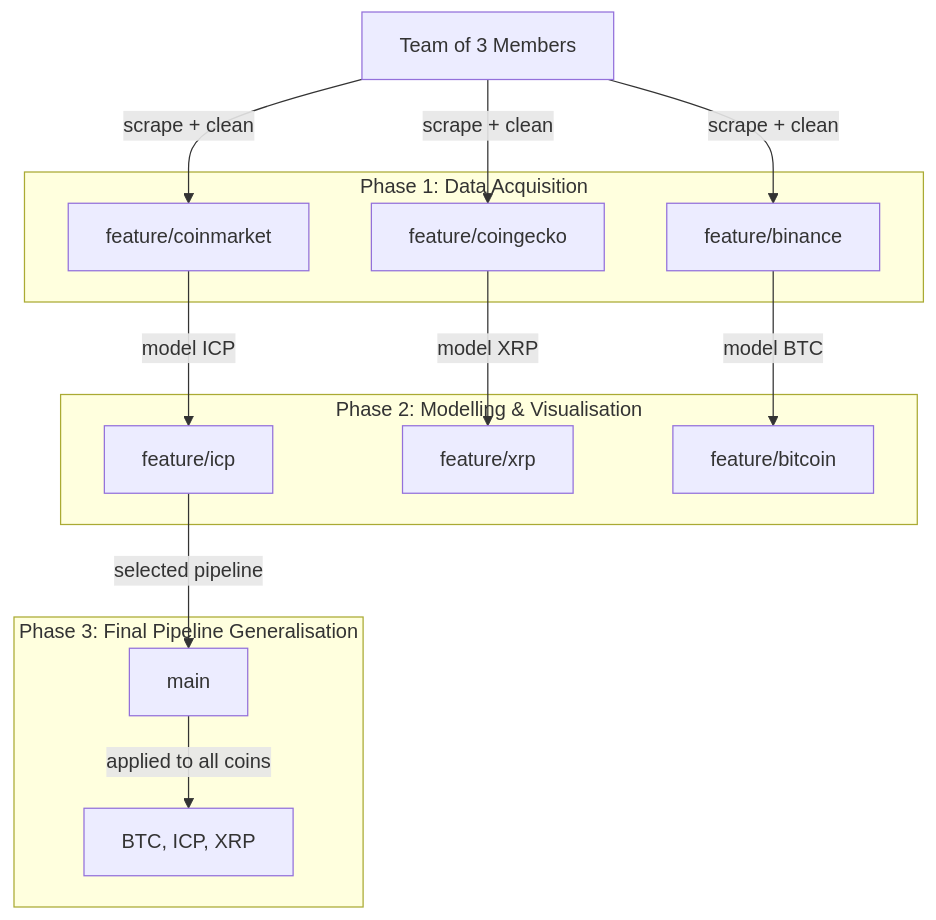
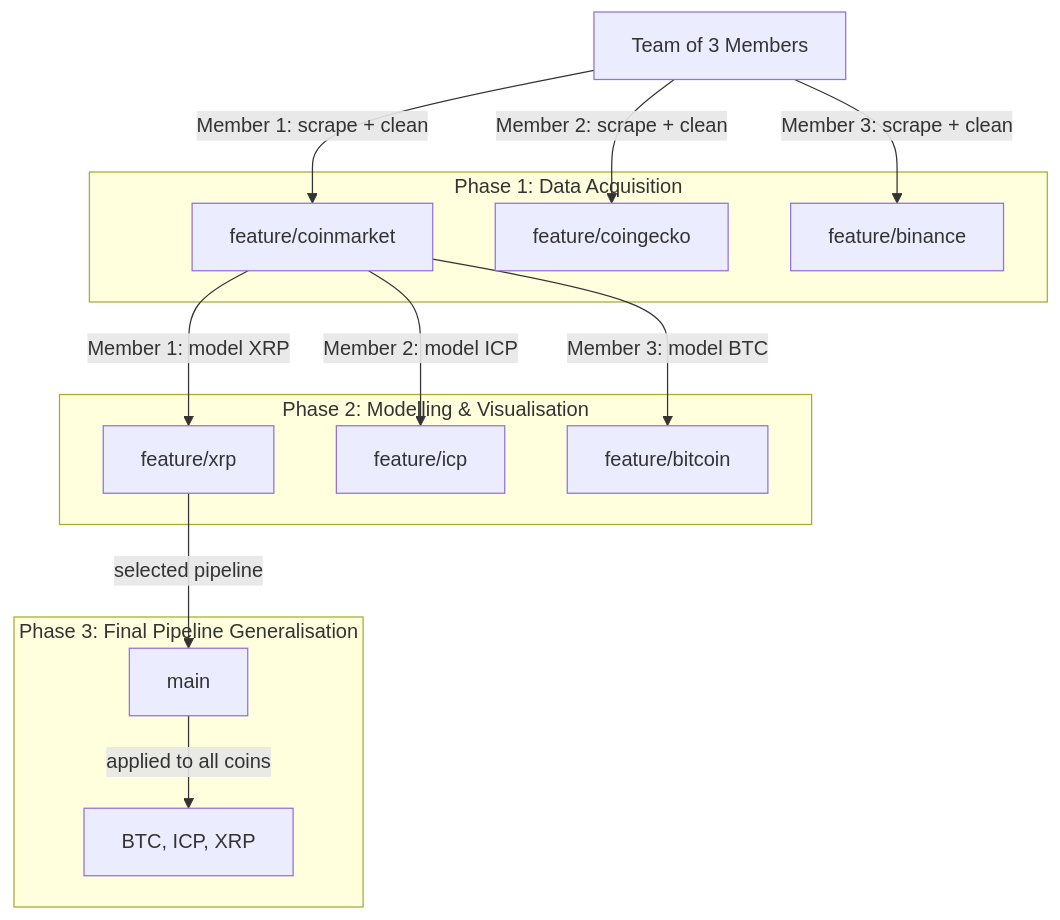
The diagram in README.md (raphaelspgll/CIP_FS2026_103), drawn with Mermaid before and after one commit.

Commit message:
doc: updated mermaid grap

````diff
--- a/README.md
+++ b/README.md
@@ -136,33 +136,33 @@
 ```mermaid
 flowchart TD
 
 A[Team of 3 Members]
 
 subgraph S[Phase 1: Data Acquisition]
     B1[feature/coinmarket]
     B2[feature/coingecko]
     B3[feature/binance]
 end
 
 subgraph M[Phase 2: Modelling & Visualisation]
-    C1[feature/icp]
-    C2[feature/xrp]
+    C1[feature/xrp]
+    C2[feature/icp]
     C3[feature/bitcoin]
 end
 
 subgraph F[Phase 3: Final Pipeline Generalisation]
     D[main]
     E[BTC, ICP, XRP]
 end
 
-A -->|scrape + clean| B1
-A -->|scrape + clean| B2
-A -->|scrape + clean| B3
+A -->|Member 1: scrape + clean| B1
+A -->|Member 2: scrape + clean| B2
+A -->|Member 3: scrape + clean| B3
 
-B1 -->|model ICP| C1
-B2 -->|model XRP| C2
-B3 -->|model BTC| C3
+B1 -->|Member 1: model XRP| C1
+B1 -->|Member 2: model ICP| C2
+B1 -->|Member 3: model BTC| C3
 
 C1 -->|selected pipeline| D
 D -->|applied to all coins| E
 ```
````
